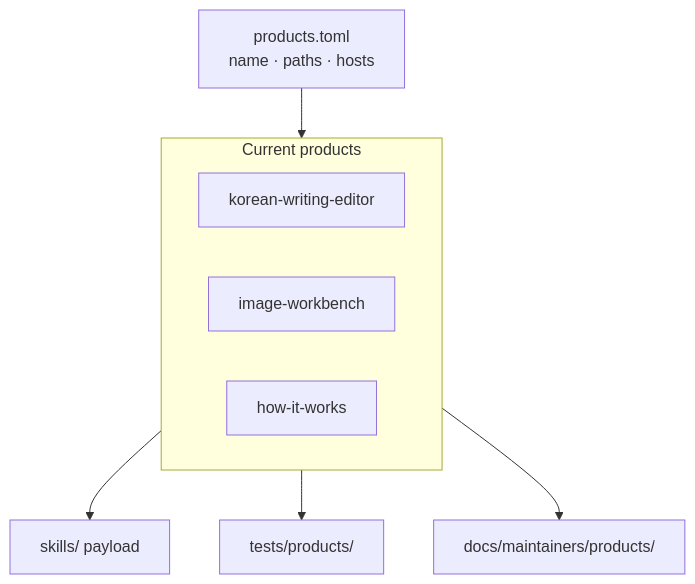
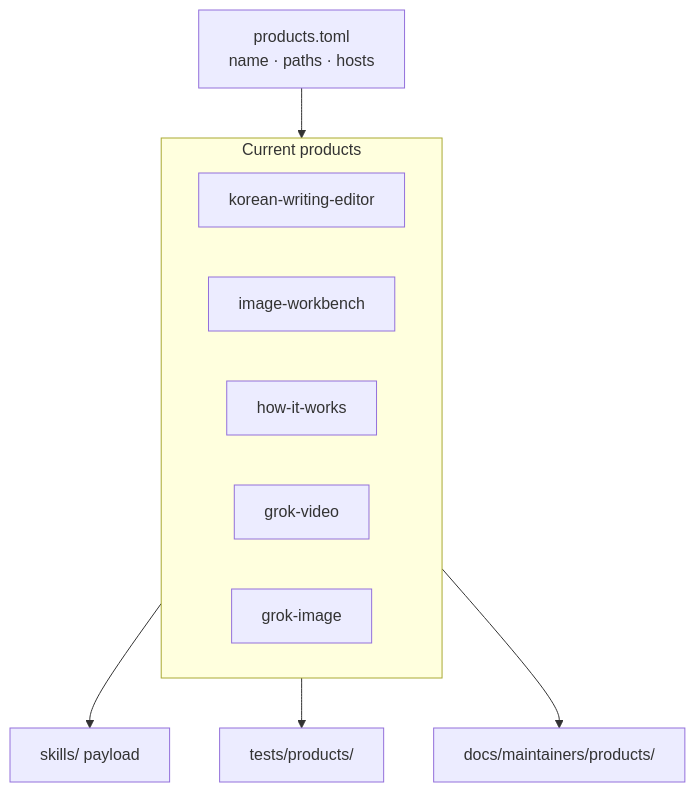
The diagram in docs/maintainers/repository/architecture.md (beyondwin/skills), drawn with Mermaid before and after one commit. The commit also changed other lines of this file and 75 other files, not shown here.

First line of the commit message:
feat: add grok-video and grok-image

````diff
--- a/docs/maintainers/repository/architecture.md
+++ b/docs/maintainers/repository/architecture.md
@@ -13,13 +13,15 @@
 ```mermaid
 flowchart TB
   R["products.toml<br/>name · paths · hosts"]
   subgraph live ["Current products"]
     K[korean-writing-editor]
     I[image-workbench]
     H[how-it-works]
+    V[grok-video]
+    G[grok-image]
   end
   R --> live
   live --> SK["skills/ payload"]
   live --> T["tests/products/"]
   live --> D["docs/maintainers/products/"]
 ```
````
